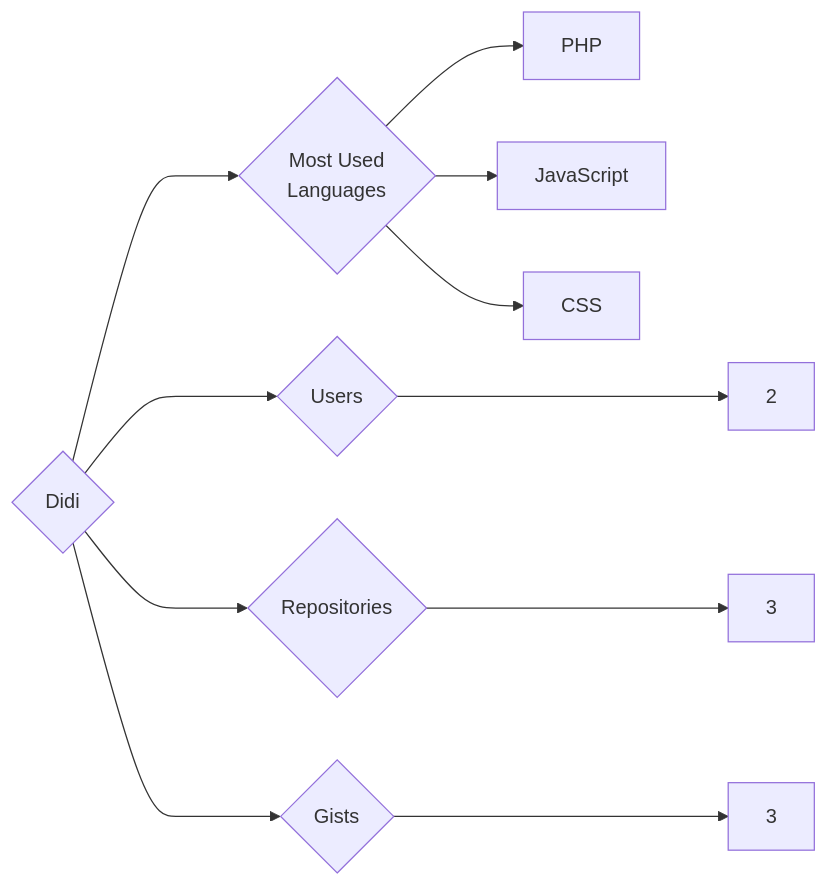
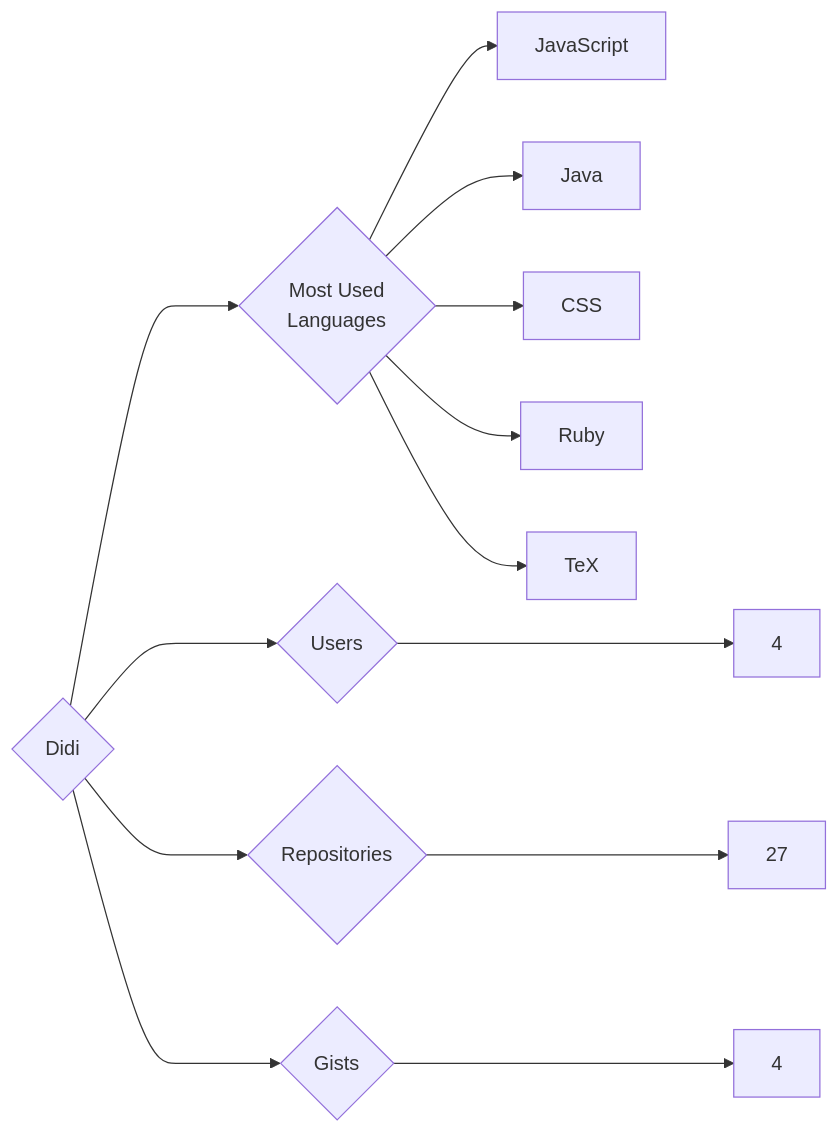
Before and after one commit to trickest/insiders: the diagram in targets/Didi/README.md, drawn with Mermaid. The commit also changed 1212 other files, not shown here.

````diff
--- a/targets/Didi/README.md
+++ b/targets/Didi/README.md
@@ -3,11 +3,13 @@
 ```mermaid
 graph LR
 COMPANY_NAME{Didi}
-COMPANY_NAME ---> U{Users} ---> UN[2]
-COMPANY_NAME ---> R{Repositories} ---> RN[3]
-COMPANY_NAME ---> G{Gists} ---> GN[3]
+COMPANY_NAME ---> U{Users} ---> UN[4]
+COMPANY_NAME ---> R{Repositories} ---> RN[27]
+COMPANY_NAME ---> G{Gists} ---> GN[4]
 COMPANY_NAME ---> ML{Most Used<br>Languages}
-ML --> PHP[PHP]
 ML --> JavaScript[JavaScript]
+ML --> Java[Java]
 ML --> CSS[CSS]
+ML --> Ruby[Ruby]
+ML --> TeX[TeX]
 ```
````
